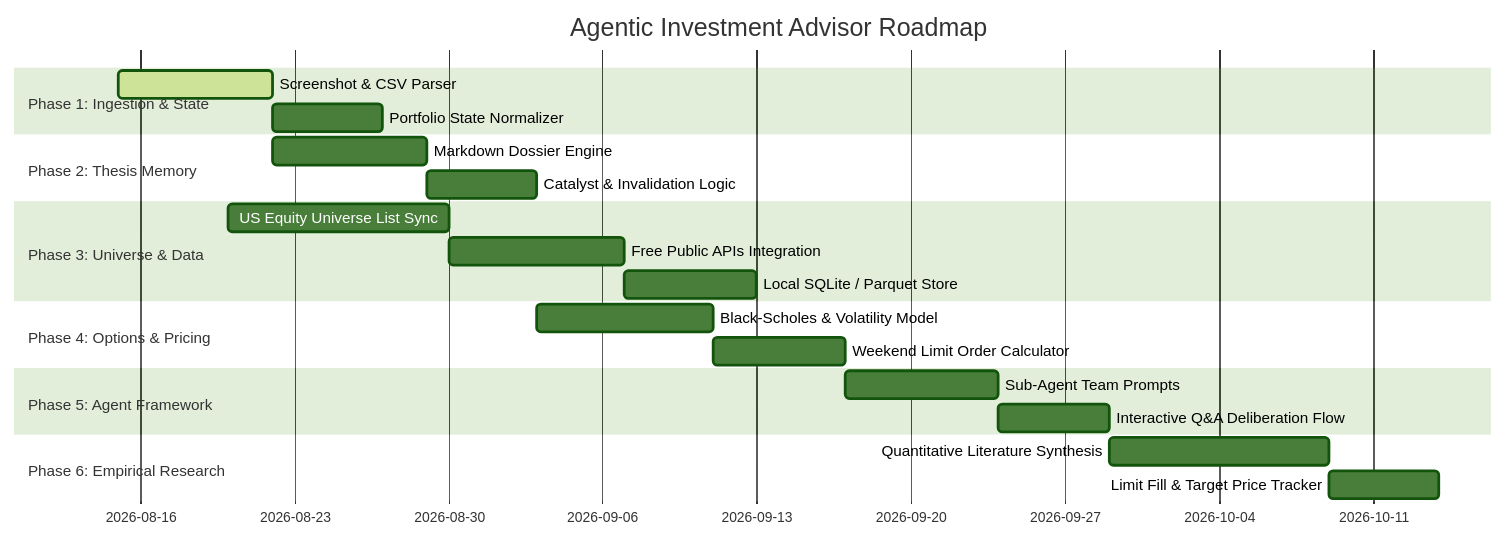
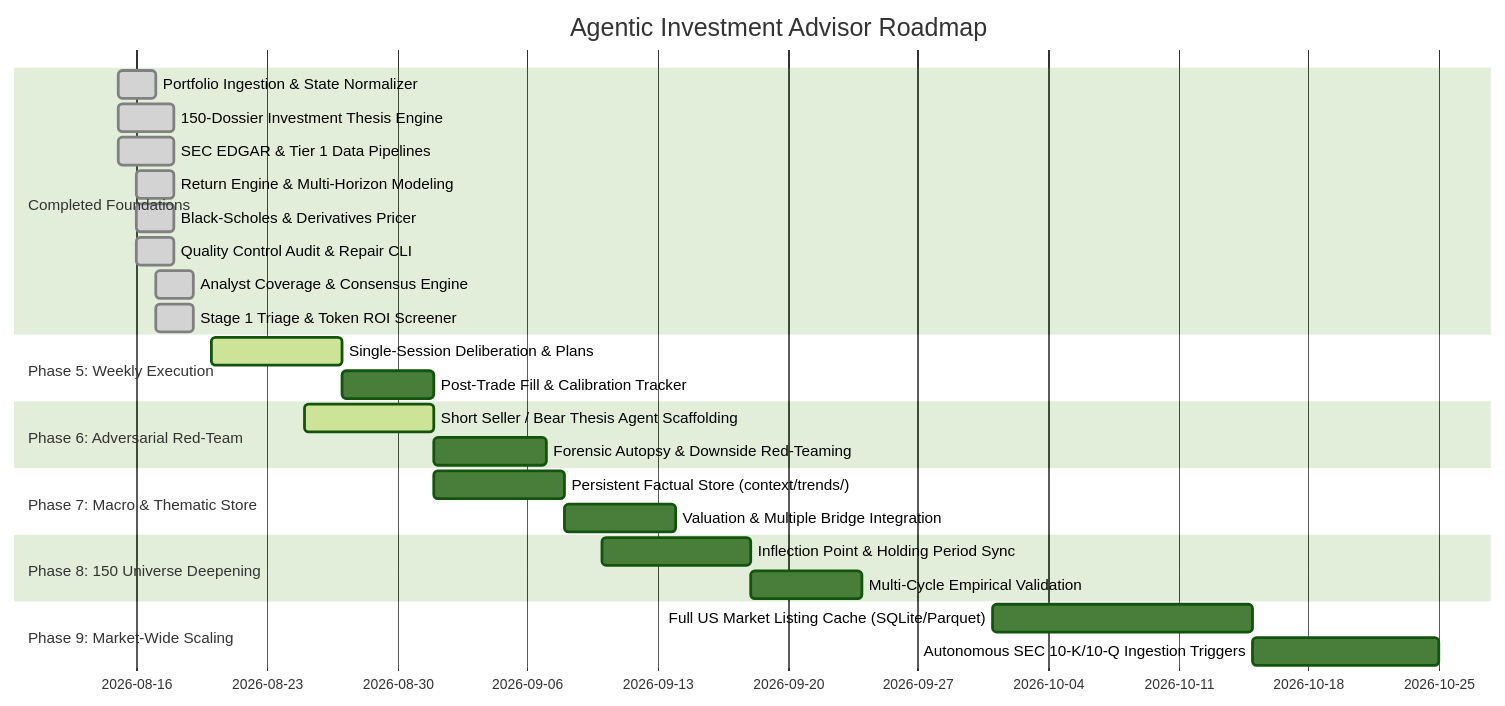
The diagram in ROADMAP.md (greenermoose/investments), drawn with Mermaid (forest theme) before and after one commit. The commit also changed other lines of this file, not shown here.

Commit message:
update: restructure roadmap to reflect completed foundations and add advanced execution, red-teaming, and scaling phases

````diff
--- a/ROADMAP.md
+++ b/ROADMAP.md
@@ -7,24 +7,29 @@
 ```mermaid
 gantt
     title Agentic Investment Advisor Roadmap
     dateFormat  YYYY-MM-DD
-    section Phase 1: Ingestion & State
-    Screenshot & CSV Parser             :active, p1_1, 2026-08-15, 7d
-    Portfolio State Normalizer          :p1_2, after p1_1, 5d
-    section Phase 2: Thesis Memory
-    Markdown Dossier Engine             :p2_1, after p1_1, 7d
-    Catalyst & Invalidation Logic       :p2_2, after p2_1, 5d
-    section Phase 3: Universe & Data
-    US Equity Universe List Sync        :p3_1, 2026-08-20, 10d
-    Free Public APIs Integration        :p3_2, after p3_1, 8d
-    Local SQLite / Parquet Store        :p3_3, after p3_2, 6d
-    section Phase 4: Options & Pricing
-    Black-Scholes & Volatility Model    :p4_1, after p2_2, 8d
-    Weekend Limit Order Calculator      :p4_2, after p4_1, 6d
-    section Phase 5: Agent Framework
-    Sub-Agent Team Prompts              :p5_1, after p4_2, 7d
-    Interactive Q&A Deliberation Flow   :p5_2, after p5_1, 5d
-    section Phase 6: Empirical Research
-    Quantitative Literature Synthesis   :p6_1, after p5_2, 10d
-    Limit Fill & Target Price Tracker   :p6_2, after p6_1, 5d
+    section Completed Foundations
+    Portfolio Ingestion & State Normalizer   :done, f1, 2026-08-15, 2026-08-17
+    150-Dossier Investment Thesis Engine    :done, f2, 2026-08-15, 2026-08-18
+    SEC EDGAR & Tier 1 Data Pipelines       :done, f3, 2026-08-15, 2026-08-18
+    Return Engine & Multi-Horizon Modeling  :done, f4, 2026-08-16, 2026-08-18
+    Black-Scholes & Derivatives Pricer      :done, f5, 2026-08-16, 2026-08-18
+    Quality Control Audit & Repair CLI      :done, f6, 2026-08-16, 2026-08-18
+    Analyst Coverage & Consensus Engine     :done, f7, 2026-08-17, 2026-08-19
+    Stage 1 Triage & Token ROI Screener     :done, f8, 2026-08-17, 2026-08-19
+    section Phase 5: Weekly Execution
+    Single-Session Deliberation & Plans     :active, p5_1, 2026-08-20, 7d
+    Post-Trade Fill & Calibration Tracker   :p5_2, after p5_1, 5d
+    section Phase 6: Adversarial Red-Team
+    Short Seller / Bear Thesis Agent Scaffolding :active, p6_1, 2026-08-25, 7d
+    Forensic Autopsy & Downside Red-Teaming      :p6_2, after p6_1, 6d
+    section Phase 7: Macro & Thematic Store
+    Persistent Factual Store (context/trends/)   :p7_1, 2026-09-01, 7d
+    Valuation & Multiple Bridge Integration      :p7_2, after p7_1, 6d
+    section Phase 8: 150 Universe Deepening
+    Inflection Point & Holding Period Sync       :p8_1, 2026-09-10, 8d
+    Multi-Cycle Empirical Validation             :p8_2, after p8_1, 6d
+    section Phase 9: Market-Wide Scaling
+    Full US Market Listing Cache (SQLite/Parquet):p9_1, 2026-10-01, 14d
+    Autonomous SEC 10-K/10-Q Ingestion Triggers  :p9_2, after p9_1, 10d
 ```
````
